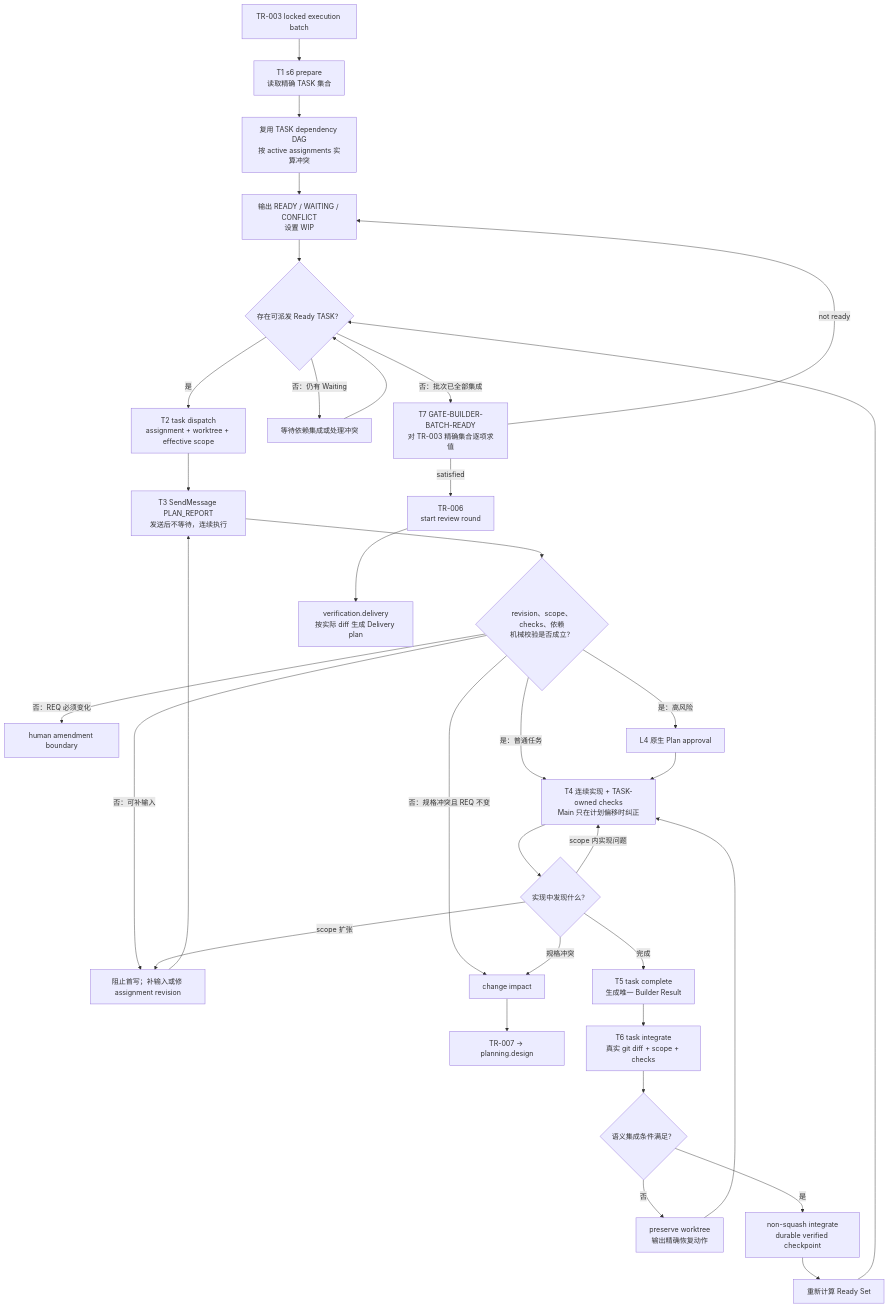
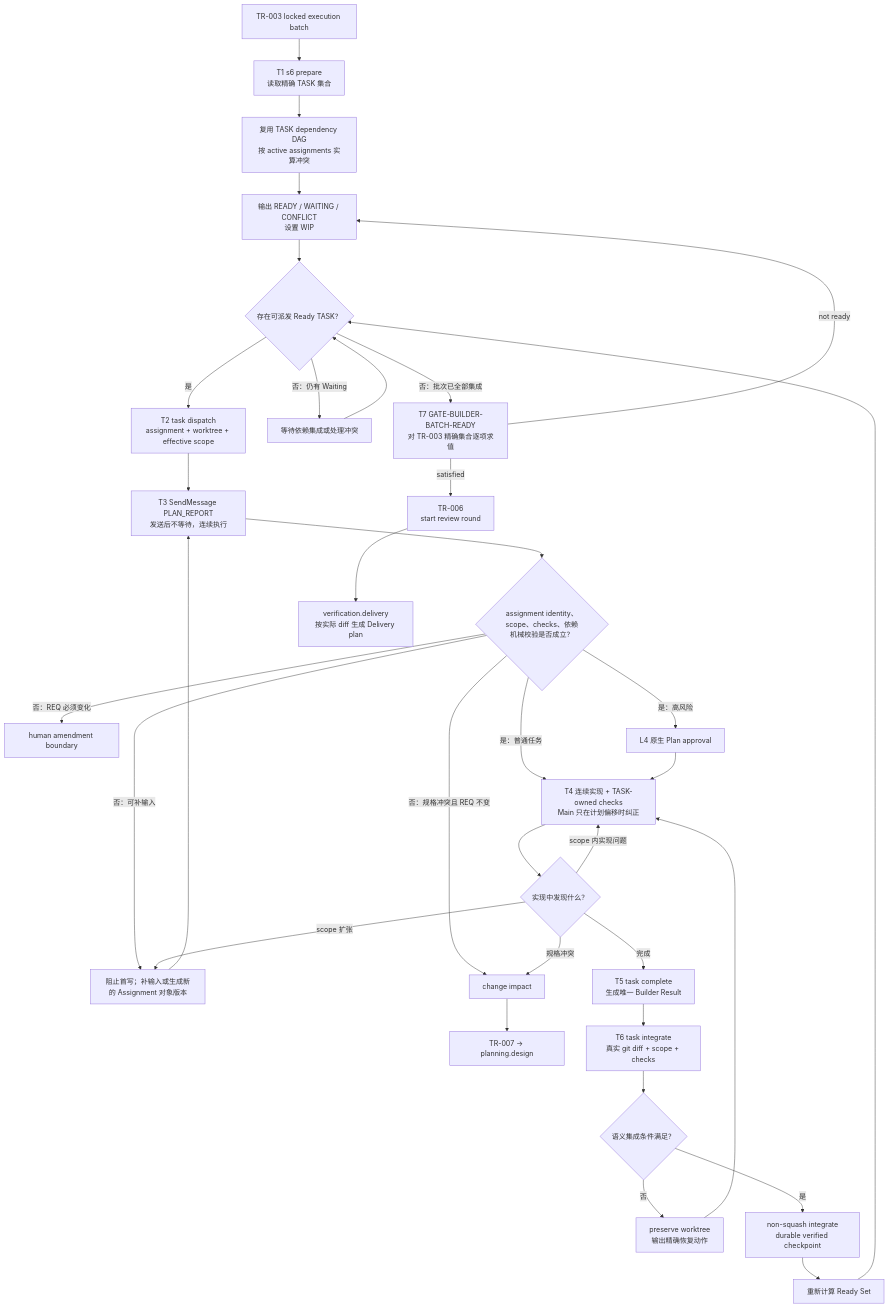
One commit to entroforge/go-system-builder changed the diagram in blueprint/L3-S6-build.md. Above: the diagram before and after it, drawn with Mermaid. The commit also changed other lines of this file and 110 other files, not shown here.

First line of the commit message:
fix: simplify runtime revision and lifecycle evidence flows (#4)

````diff
--- a/blueprint/L3-S6-build.md
+++ b/blueprint/L3-S6-build.md
@@ -110,39 +112,39 @@
 ```mermaid
 flowchart TD
     IN["TR-003 locked execution batch"] --> PREP["T1 s6 prepare<br/>读取精确 TASK 集合"]
     PREP --> GRAPH["复用 TASK dependency DAG<br/>按 active assignments 实算冲突"]
     GRAPH --> BOARD["输出 READY / WAITING / CONFLICT<br/>设置 WIP"]
     BOARD --> PICK{"存在可派发 Ready TASK？"}
 
     PICK -->|是| DISPATCH["T2 task dispatch<br/>assignment + worktree + effective scope"]
     DISPATCH --> PLAN["T3 SendMessage PLAN_REPORT<br/>发送后不等待，连续执行"]
-    PLAN --> READY{"revision、scope、checks、依赖<br/>机械校验是否成立？"}
-    READY -->|否：可补输入| REVISE["阻止首写；补输入或修 assignment revision"]
+    PLAN --> READY{"assignment identity、scope、checks、依赖<br/>机械校验是否成立？"}
+    READY -->|否：可补输入| REVISE["阻止首写；补输入或生成新的 Assignment 对象版本"]
     REVISE --> PLAN
     READY -->|否：规格冲突且 REQ 不变| IMPACT["change impact"]
     IMPACT --> TR7["TR-007 → planning.design"]
     READY -->|否：REQ 必须变化| HUMAN["human amendment boundary"]
     READY -->|是：普通任务| BUILD["T4 连续实现 + TASK-owned checks<br/>Main 只在计划偏移时纠正"]
     READY -->|是：高风险| APPROVAL["L4 原生 Plan approval"]
     APPROVAL --> BUILD
     BUILD --> DISCOVER{"实现中发现什么？"}
     DISCOVER -->|scope 内实现问题| BUILD
     DISCOVER -->|scope 扩张| REVISE
     DISCOVER -->|规格冲突| IMPACT
     DISCOVER -->|完成| RESULT["T5 task complete<br/>生成唯一 Builder Result"]
 
     RESULT --> INSPECT["T6 task integrate<br/>真实 git diff + scope + checks"]
     INSPECT --> OK{"语义集成条件满足？"}
     OK -->|否| PRESERVE["preserve worktree<br/>输出精确恢复动作"]
     PRESERVE --> BUILD
     OK -->|是| MERGE["non-squash integrate<br/>durable verified checkpoint"]
     MERGE --> UNLOCK["重新计算 Ready Set"]
     UNLOCK --> PICK
 
     PICK -->|否：仍有 Waiting| WAIT["等待依赖集成或处理冲突"]
     WAIT --> PICK
     PICK -->|否：批次已全部集成| GATE["T7 GATE-BUILDER-BATCH-READY<br/>对 TR-003 精确集合逐项求值"]
     GATE -->|not ready| BOARD
     GATE -->|satisfied| TR6["TR-006<br/>start review round"]
     TR6 --> S7["verification.delivery<br/>按实际 diff 生成 Delivery plan"]
 ```
````
